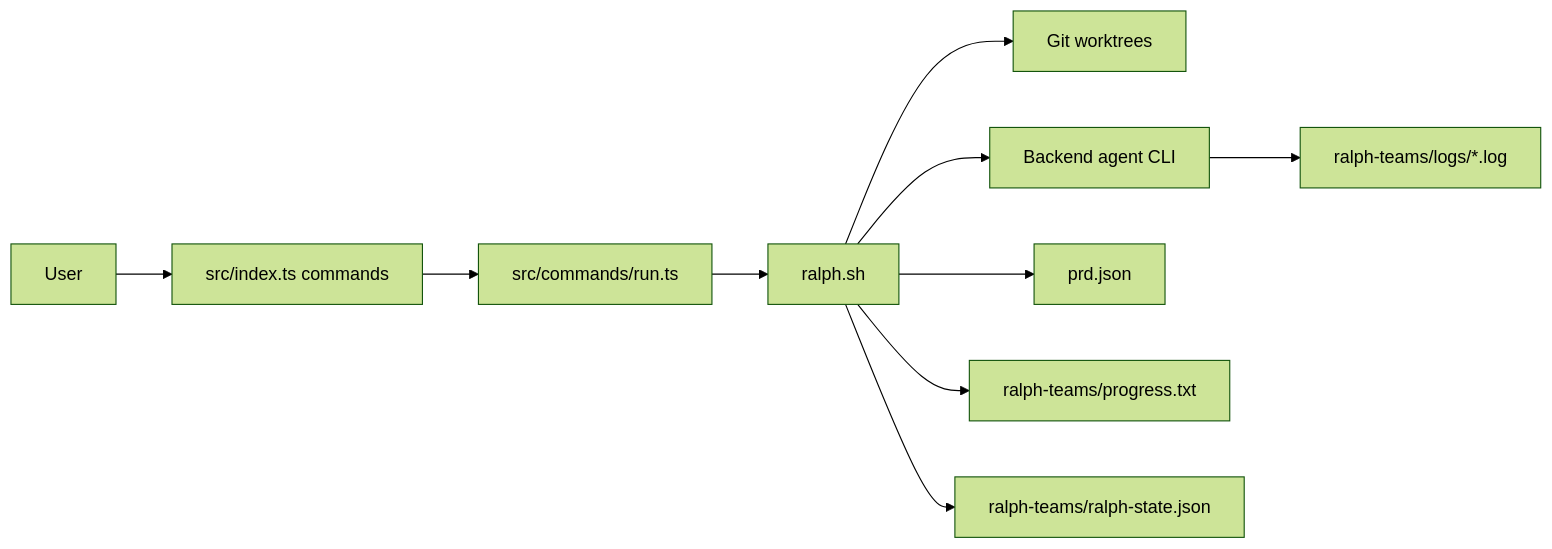
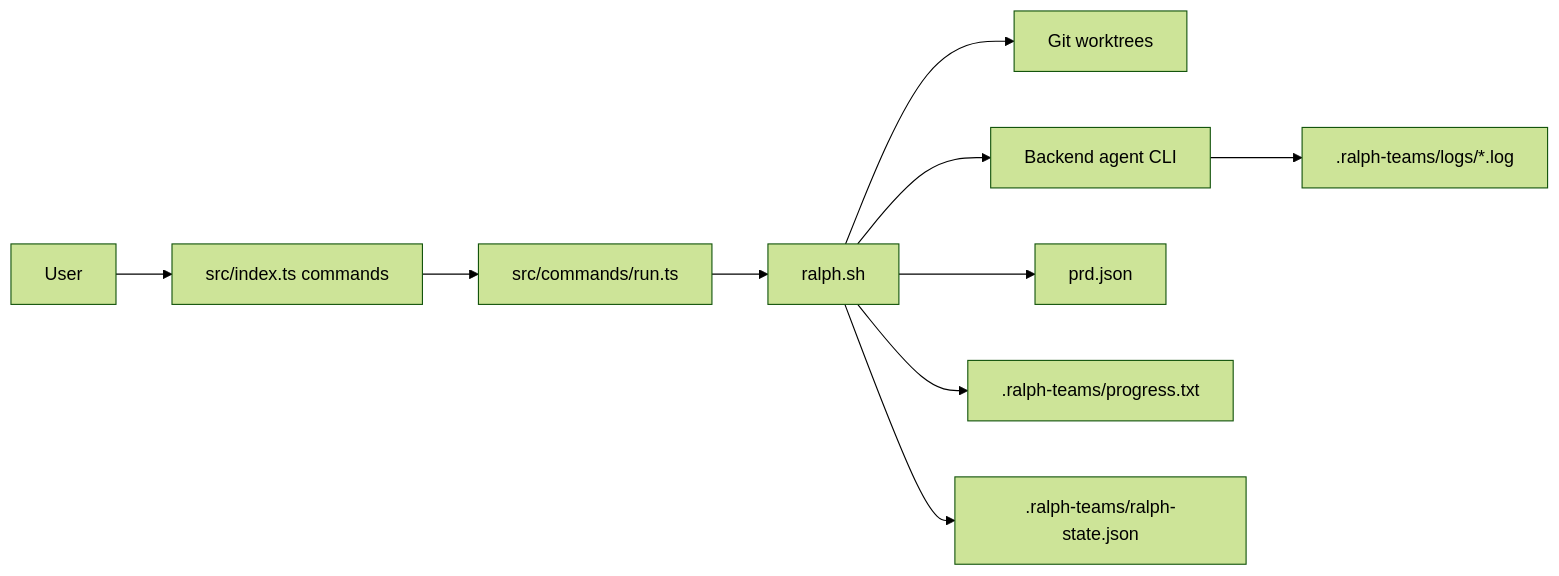
The diagram in architecture.md (tuansondinh/ralph-teams), drawn with Mermaid (forest theme) before and after one commit. The commit also changed other lines of this file and 29 other files, not shown here.

````diff
--- a/architecture.md
+++ b/architecture.md
@@ -25,12 +25,12 @@
 ```mermaid
 flowchart LR
     U[User] --> CLI[src/index.ts commands]
     CLI --> RUN[src/commands/run.ts]
     RUN --> SH[ralph.sh]
     SH --> WT[Git worktrees]
     SH --> AGENTS[Backend agent CLI]
-    AGENTS --> LOGS[ralph-teams/logs/*.log]
+    AGENTS --> LOGS[.ralph-teams/logs/*.log]
     SH --> PRD[prd.json]
-    SH --> PROGRESS[ralph-teams/progress.txt]
-    SH --> STATE[ralph-teams/ralph-state.json]
+    SH --> PROGRESS[.ralph-teams/progress.txt]
+    SH --> STATE[.ralph-teams/ralph-state.json]
 ```
````
